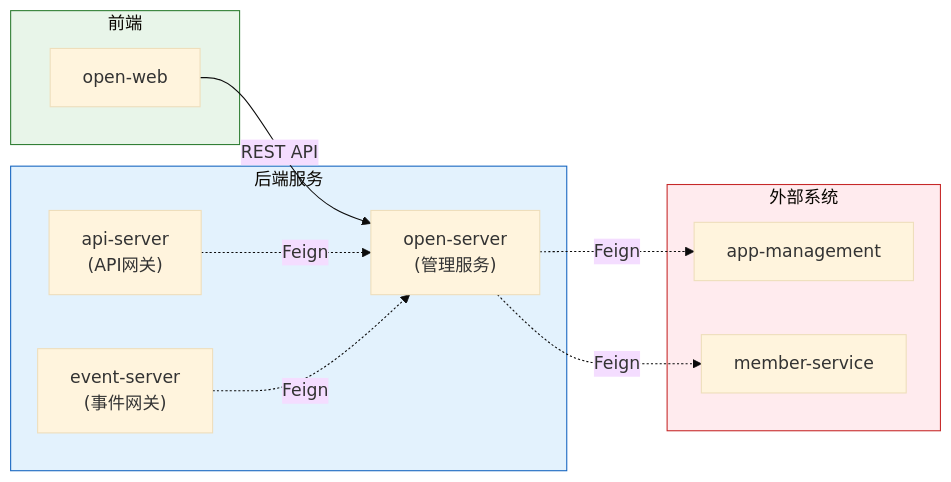
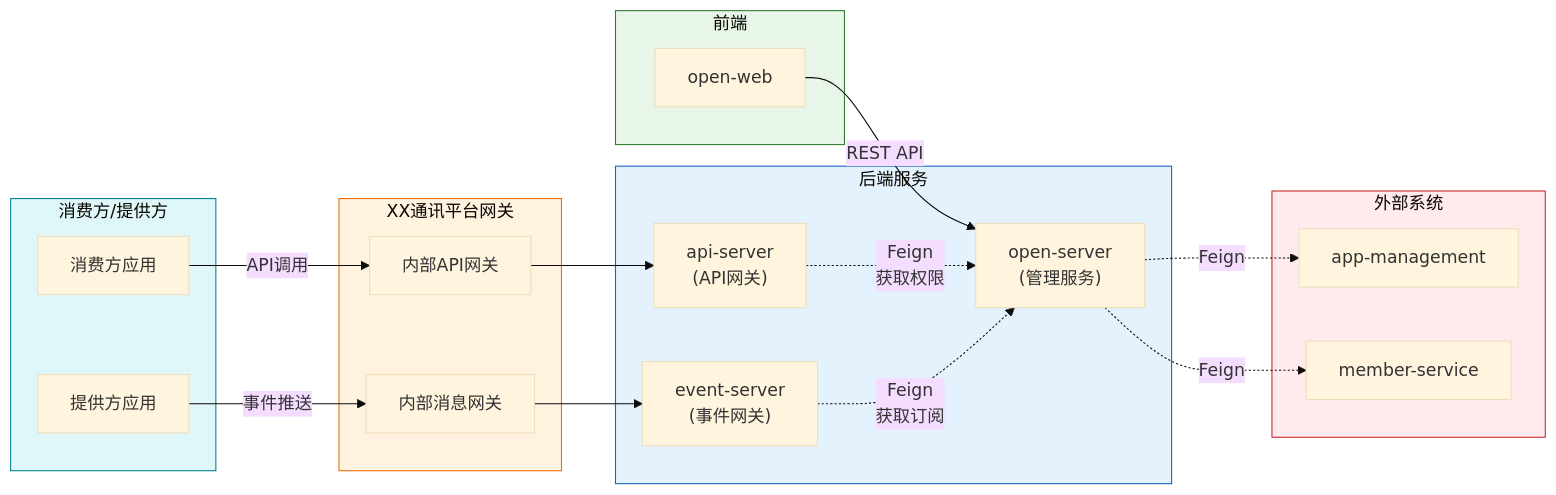
Before and after one commit to THZSummer/open-app: the seventh of 8 diagrams in .sddu/specs-tree-root/specs-tree-capability-open-platform/plan.md, drawn with Mermaid (base theme). The commit also changed other lines of this file, not shown here.

First line of the commit message:
fix(plan): 修正架构图，移除网关层，明确服务使用者

````diff
--- a/.sddu/specs-tree-root/specs-tree-capability-open-platform/plan.md
+++ b/.sddu/specs-tree-root/specs-tree-capability-open-platform/plan.md
@@ -686,27 +727,50 @@
 ```mermaid
 graph LR
     subgraph Frontend["前端"]
         OpenWeb["open-web"]
     end
     
     subgraph Services["后端服务"]
         OpenServer["open-server\n(管理服务)"]
         ApiServer["api-server\n(API网关)"]
         EventServer["event-server\n(事件网关)"]
     end
     
     subgraph External["外部系统"]
         AppMgmt["app-management"]
         Member["member-service"]
     end
     
+    subgraph PlatformGW["XX通讯平台网关"]
+        ApiGW["内部API网关"]
+        MsgGW["内部消息网关"]
+    end
+    
+    subgraph Consumers["消费方/提供方"]
+        Consumer["消费方应用"]
+        Provider["提供方应用"]
+    end
+    
+    %% open-web 直接连接 open-server
     OpenWeb -->|REST API| OpenServer
-    ApiServer -.->|Feign| OpenServer
-    EventServer -.->|Feign| OpenServer
+    
+    %% 网关服务调用 open-server 获取权限信息
+    ApiServer -.->|Feign\n获取权限| OpenServer
+    EventServer -.->|Feign\n获取订阅| OpenServer
+    
+    %% open-server 调用外部系统
     OpenServer -.->|Feign| AppMgmt
     OpenServer -.->|Feign| Member
+    
+    %% 消费方/提供方通过平台网关访问网关服务
+    Consumer -->|API调用| ApiGW
+    ApiGW --> ApiServer
+    Provider -->|事件推送| MsgGW
+    MsgGW --> EventServer
     
     style Frontend fill:#e8f5e9,stroke:#2e7d32
     style Services fill:#e3f2fd,stroke:#1565c0
     style External fill:#ffebee,stroke:#c62828
+    style PlatformGW fill:#fff3e0,stroke:#ef6c00
+    style Consumers fill:#e0f7fa,stroke:#00838f
 ```
````
